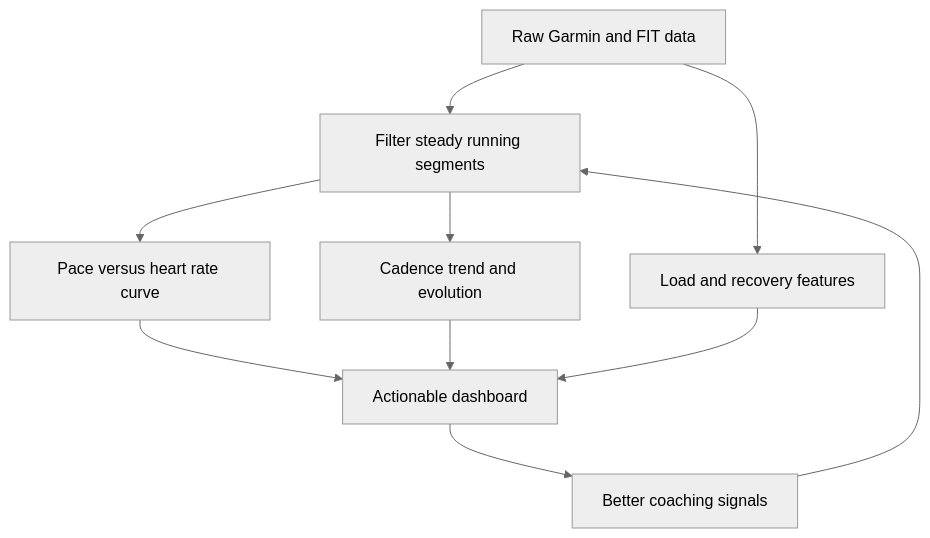
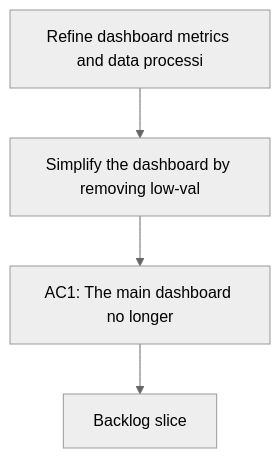
Before and after one commit to Jilanos/Coach_garmin: the diagram in logics/request/req_013_refine_dashboard_metrics_and_data_processing_for_pace_hr_cadence_coach_analytics.md, drawn with Mermaid (neutral theme). The commit also changed other lines of this file and 86 other files, not shown here.

Commit message:
Harden chart UX and UTF-8 handling

````diff
--- a/logics/request/req_013_refine_dashboard_metrics_and_data_processing_for_pace_hr_cadence_coach_analytics.md
+++ b/logics/request/req_013_refine_dashboard_metrics_and_data_processing_for_pace_hr_cadence_coach_analytics.md
@@ -39,14 +39,8 @@
 ```mermaid
 %% logics-kind: request
 %% logics-signature: request|refine-dashboard-metrics-and-data-proces|simplify-the-dashboard-by-removing-low-v|ac1-the-main-dashboard-no-longer
 flowchart TD
-    Raw[Raw Garmin and FIT data] --> Filter[Filter steady running segments]
-    Filter --> PaceHR[Pace versus heart rate curve]
-    Filter --> Cadence[Cadence trend and evolution]
-    Raw --> Load[Load and recovery features]
-    PaceHR --> Dashboard[Actionable dashboard]
-    Cadence --> Dashboard
-    Load --> Dashboard
-    Dashboard --> Coach[Better coaching signals]
-    Coach --> Filter
+    Trigger[Refine dashboard metrics and data processi] --> Need[Simplify the dashboard by removing low-val]
+    Need --> Outcome[AC1: The main dashboard no longer]
+    Outcome --> Backlog[Backlog slice]
 ```
````
